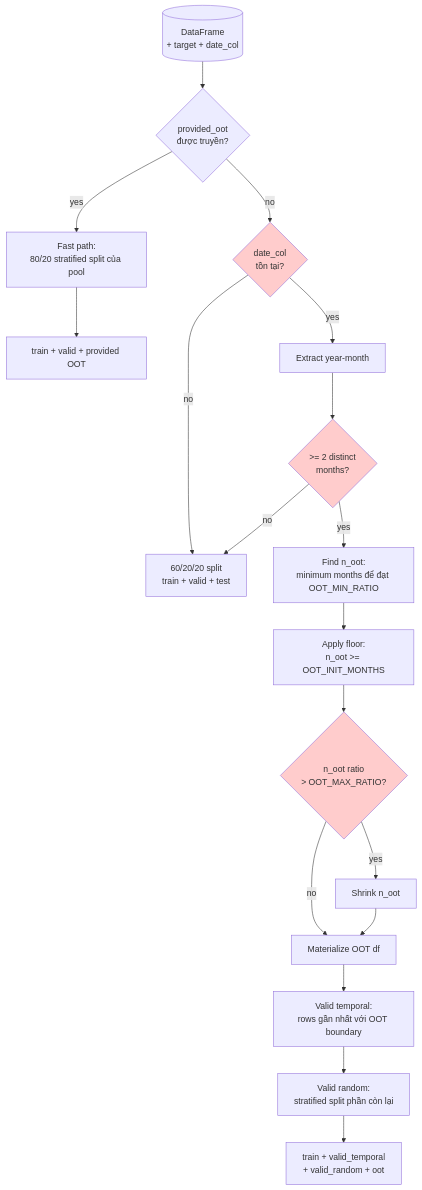
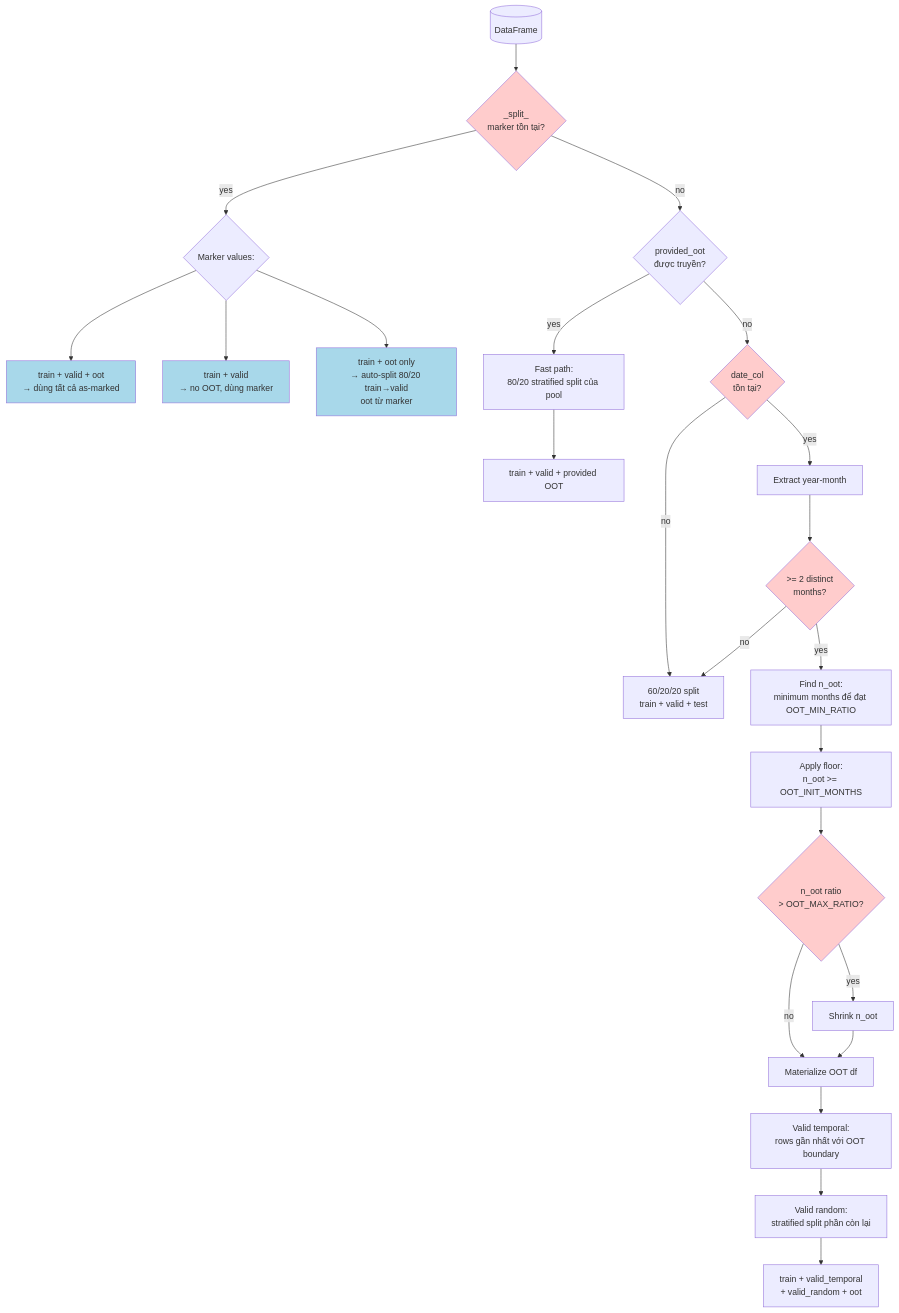
Diagram 14 of 25 in docs/architecture.md (baongoc83/Multi-Agent-Auto-ML_NB), drawn with Mermaid before and after one commit. The commit also changed other lines of this file and 1 other file, not shown here.

First line of the commit message:
docs: rewrite README + architecture.md for fit-on-train + transform refactor

````diff
--- a/docs/architecture.md
+++ b/docs/architecture.md
@@ -352,29 +580,39 @@
 ```mermaid
 flowchart TD
-    Df[(DataFrame<br/>+ target + date_col)] --> Has{provided_oot<br/>được truyền?}
+    Df[(DataFrame)] --> Marker{_split_<br/>marker tồn tại?}
 
-    Has -->|yes| Fast[Fast path:<br/>80/20 stratified split của pool]
+    Marker -->|yes| Has{Marker values:}
+    Has --> M1[train + valid + oot<br/>→ dùng tất cả as-marked]
+    Has --> M2[train + valid<br/>→ no OOT, dùng marker]
+    Has --> M3["train + oot only<br/>→ auto-split 80/20 train→valid<br/>oot từ marker"]
+
+    Marker -->|no| Has2{provided_oot<br/>được truyền?}
+    Has2 -->|yes| Fast[Fast path:<br/>80/20 stratified split của pool]
     Fast --> Out1[train + valid + provided OOT]
 
-    Has -->|no| HasDate{date_col<br/>tồn tại?}
+    Has2 -->|no| HasDate{date_col<br/>tồn tại?}
     HasDate -->|no| Fallback[60/20/20 split<br/>train + valid + test]
     HasDate -->|yes| Months[Extract year-month]
 
     Months --> MinMo{">= 2 distinct<br/>months?"}
     MinMo -->|no| Fallback
 
     MinMo -->|yes| FindOOT[Find n_oot:<br/>minimum months để đạt OOT_MIN_RATIO]
-    FindOOT --> Floor[Apply floor:<br/>n_oot >= OOT_INIT_MONTHS]
-    Floor --> Ceil{n_oot ratio<br/>> OOT_MAX_RATIO?}
+    FindOOT --> Floor["Apply floor:<br/>n_oot >= OOT_INIT_MONTHS"]
+    Floor --> Ceil{"n_oot ratio<br/>> OOT_MAX_RATIO?"}
     Ceil -->|yes| Shrink[Shrink n_oot]
     Ceil -->|no| Materialize
     Shrink --> Materialize[Materialize OOT df]
 
     Materialize --> VTemp[Valid temporal:<br/>rows gần nhất với OOT boundary]
     VTemp --> VRand[Valid random:<br/>stratified split phần còn lại]
     VRand --> Out2[train + valid_temporal<br/>+ valid_random + oot]
 
+    style Marker fill:#ffcccc
     style HasDate fill:#ffcccc
     style MinMo fill:#ffcccc
     style Ceil fill:#ffcccc
+    style M1 fill:#a8d8ea
+    style M2 fill:#a8d8ea
+    style M3 fill:#a8d8ea
 ```
````
